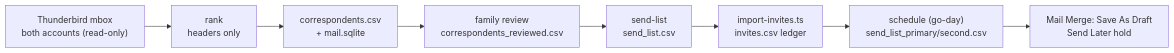
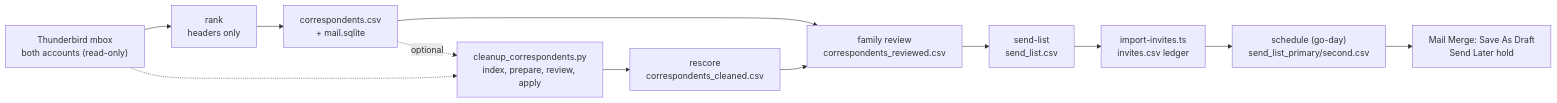
The diagram in docs/features/correspondent-harvest.md (RobertdWray/jowray_com), drawn with Mermaid before and after one commit. The commit also changed other lines of this file, not shown here.

First line of the commit message:
docs(notify): correspondent-harvest feature doc covers rescore, the cleanup and CI

````diff
--- a/docs/features/correspondent-harvest.md
+++ b/docs/features/correspondent-harvest.md
@@ -35,10 +37,14 @@
 ```mermaid
 flowchart LR
     TB["Thunderbird mbox<br/>both accounts (read-only)"] --> R["rank<br/>headers only"]
     R --> C["correspondents.csv<br/>+ mail.sqlite"]
     C --> F["family review<br/>correspondents_reviewed.csv"]
+    C -.->|optional| CL["cleanup_correspondents.py<br/>index, prepare, review, apply"]
+    TB -.-> CL
+    CL --> RS["rescore<br/>correspondents_cleaned.csv"]
+    RS --> F
     F --> S["send-list<br/>send_list.csv"]
     S --> I["import-invites.ts<br/>invites.csv ledger"]
     I --> SC["schedule (go-day)<br/>send_list_primary/second.csv"]
     SC --> MM["Mail Merge: Save As Draft<br/>Send Later hold"]
 ```
````
